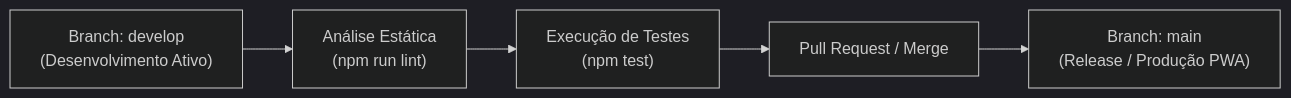
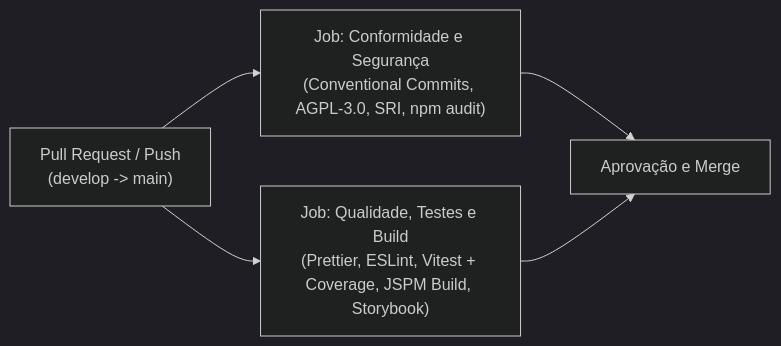
Before and after one commit to luizcanet/mandaumpix.app: the diagram in docs/deployment/pipeline.md, drawn with Mermaid (dark theme). The commit also changed other lines of this file and 18 other files, not shown here.

````diff
--- a/docs/deployment/pipeline.md
+++ b/docs/deployment/pipeline.md
@@ -13,7 +13,7 @@
 ```mermaid
 flowchart LR
-    Dev["Branch: develop<br/>(Desenvolvimento Ativo)"] --> Lint["Análise Estática<br/>(npm run lint)"]
-    Lint --> Test["Execução de Testes<br/>(npm test)"]
-    Test --> PR["Pull Request / Merge"]
-    PR --> Main["Branch: main<br/>(Release / Produção PWA)"]
+    PR["Pull Request / Push<br/>(develop -> main)"] --> Comp["Job: Conformidade e Segurança<br/>(Conventional Commits, AGPL-3.0, SRI, npm audit)"]
+    PR --> Qual["Job: Qualidade, Testes e Build<br/>(Prettier, ESLint, Vitest + Coverage, JSPM Build, Storybook)"]
+    Comp --> Merge["Aprovação e Merge"]
+    Qual --> Merge
 ```
````
